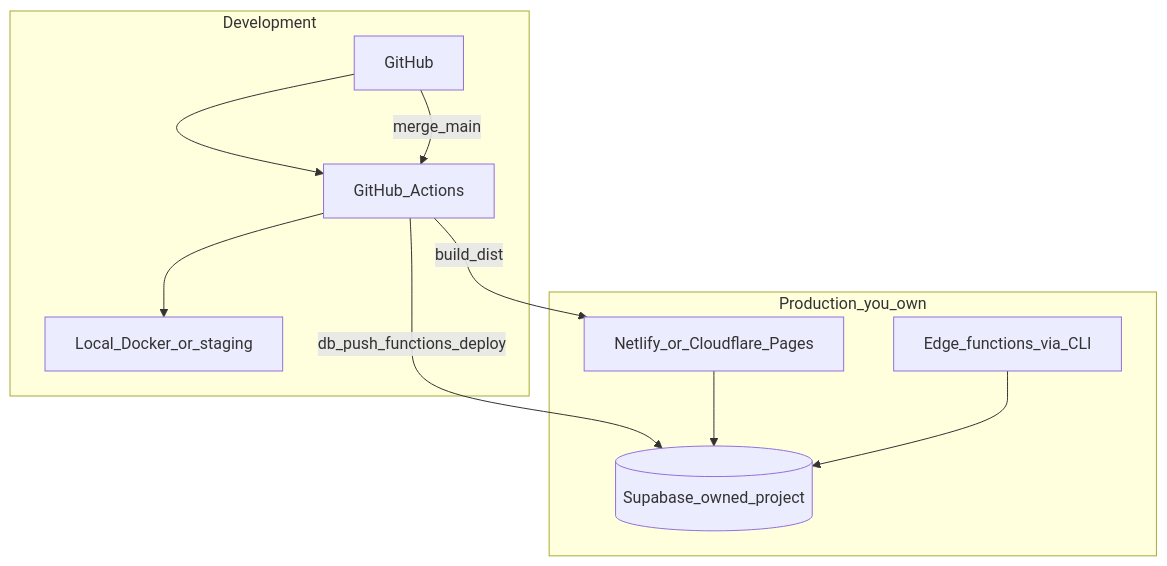
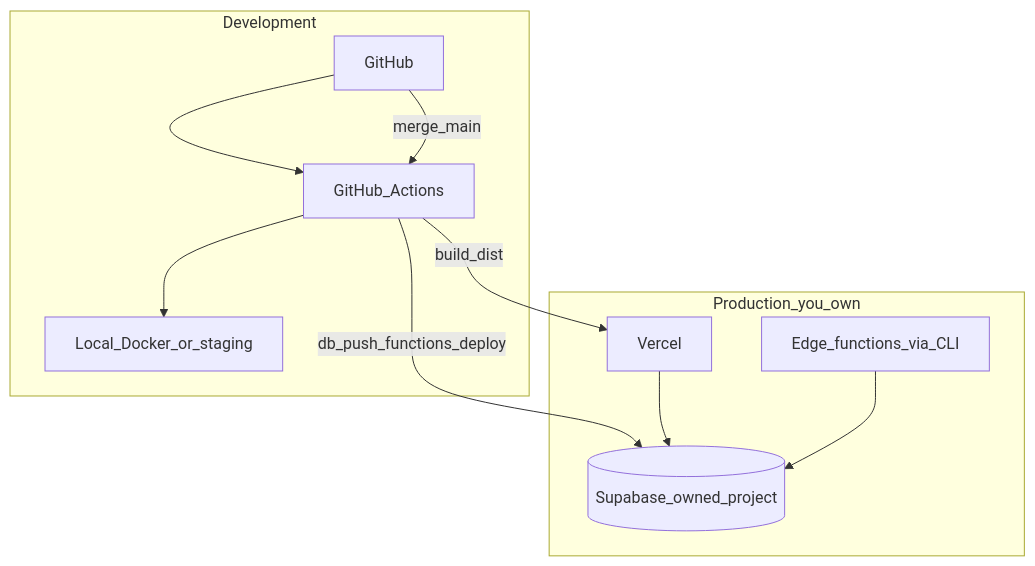
One commit to Angelguirao/holzen changed the diagram in docs/ops/platform-exit-runbook.md. Above: the diagram before and after it, drawn with Mermaid. The commit also changed other lines of this file and 8 other files, not shown here.

````diff
--- a/docs/ops/platform-exit-runbook.md
+++ b/docs/ops/platform-exit-runbook.md
@@ -11,22 +11,22 @@
 ```mermaid
 flowchart TB
   subgraph dev [Development]
     GH[GitHub]
     CI[GitHub_Actions]
     LOCAL[Local_Docker_or_staging]
   end
 
   subgraph prod [Production_you_own]
-    FE[Netlify_or_Cloudflare_Pages]
+    FE[Vercel]
     SB[(Supabase_owned_project)]
     EDGE[Edge_functions_via_CLI]
   end
 
   GH --> CI
   CI --> LOCAL
   GH -->|merge_main| CI
   CI -->|db_push_functions_deploy| SB
   CI -->|build_dist| FE
   FE --> SB
   EDGE --> SB
 ```
````
